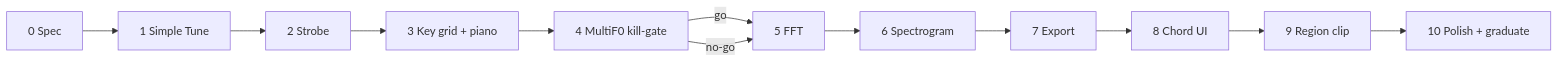
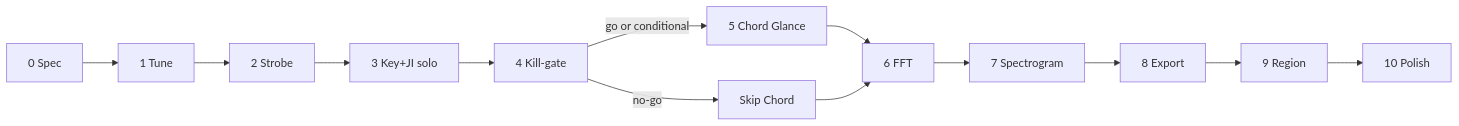
The third of 3 diagrams in docs/plans/digital-tuner.md (kryspetrie/singtags), drawn with Mermaid before and after one commit. The commit also changed other lines of this file and 50 other files, not shown here.

First line of the commit message:
Add Labs Digital Tuner through Phase 4 kill-gate spike.

````diff
--- a/docs/plans/digital-tuner.md
+++ b/docs/plans/digital-tuner.md
@@ -473,14 +588,15 @@
 ```mermaid
 flowchart LR
-  p0[0 Spec] --> p1[1 Simple Tune]
+  p0[0 Spec] --> p1[1 Tune]
   p1 --> p2[2 Strobe]
-  p2 --> p3[3 Key grid + piano]
-  p3 --> p4[4 MultiF0 kill-gate]
-  p4 -->|go| p5[5 FFT]
-  p4 -->|no-go| p5
-  p5 --> p6[6 Spectrogram]
-  p6 --> p7[7 Export]
-  p7 --> p8[8 Chord UI]
-  p8 --> p9[9 Region clip]
-  p9 --> p10[10 Polish + graduate]
+  p2 --> p3[3 Key+JI solo]
+  p3 --> p4[4 Kill-gate]
+  p4 -->|go or conditional| p5[5 Chord Glance]
+  p4 -->|no-go| p6skip[Skip Chord]
+  p5 --> p6[6 FFT]
+  p6skip --> p6
+  p6 --> p7[7 Spectrogram]
+  p7 --> p8[8 Export]
+  p8 --> p9[9 Region]
+  p9 --> p10[10 Polish]
 ```
````
